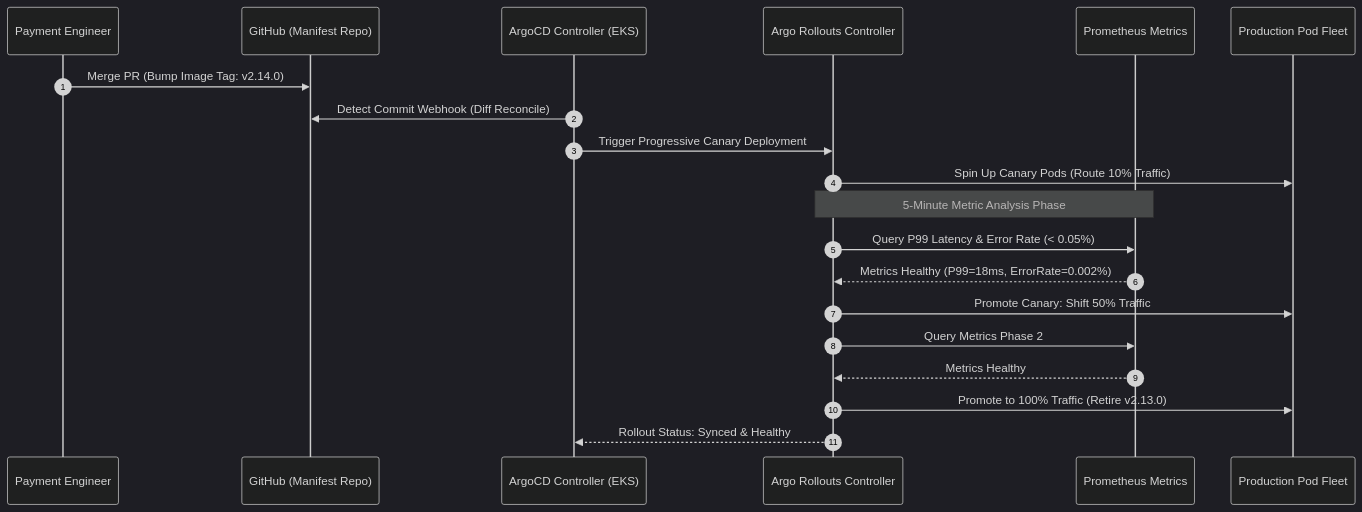
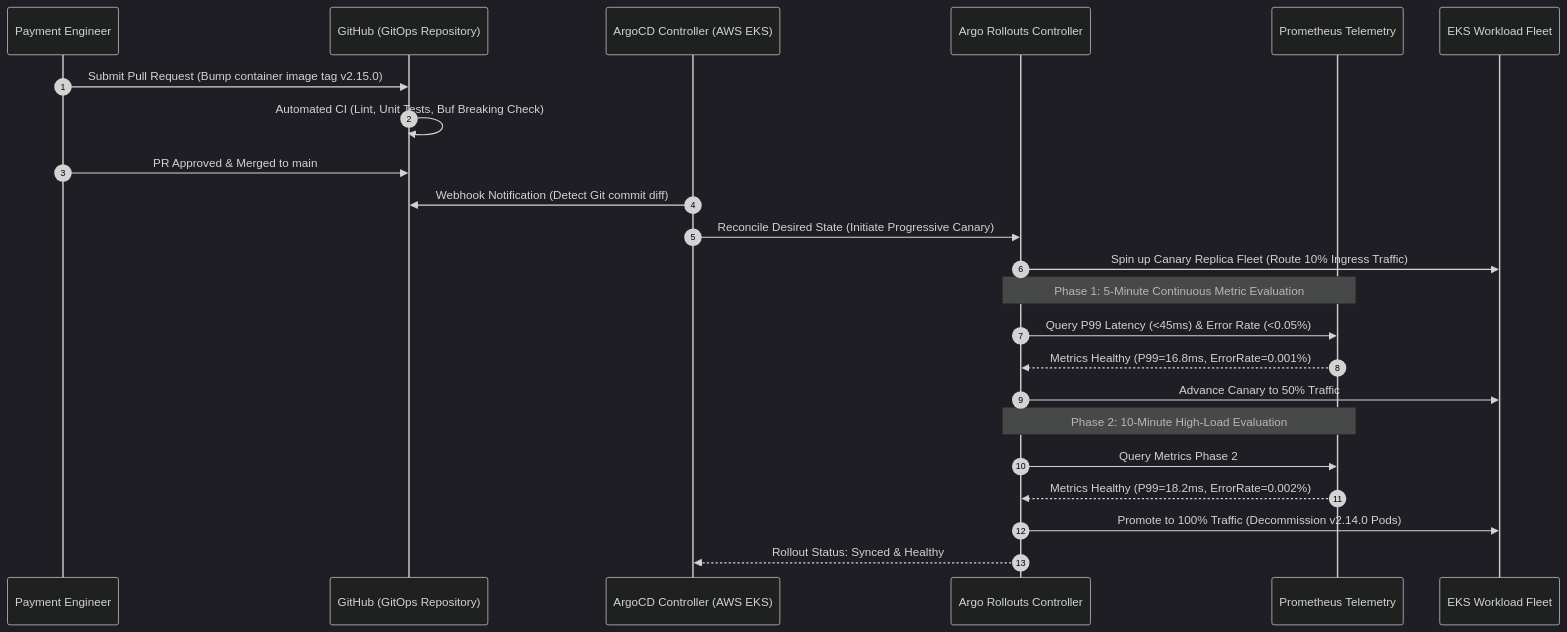
One commit to vesviet/vesviet changed the third of 3 diagrams in content/series/paypay-architecture/part-1-microservices-gitops.md. Above: the diagram before and after it, drawn with Mermaid (dark theme). The commit also changed other lines of this file and 36 other files, not shown here.

Commit message:
feat(sprint-2): upgrade paypay and shopee architecture series to 2027 SOTA masterclass

````diff
--- a/content/series/paypay-architecture/part-1-microservices-gitops.md
+++ b/content/series/paypay-architecture/part-1-microservices-gitops.md
@@ -154,26 +284,29 @@
 ```mermaid
 sequenceDiagram
     autonumber
     participant Dev as Payment Engineer
-    participant Git as GitHub (Manifest Repo)
-    participant ArgoCD as ArgoCD Controller (EKS)
+    participant Git as GitHub (GitOps Repository)
+    participant ArgoCD as ArgoCD Controller (AWS EKS)
     participant Rollout as Argo Rollouts Controller
-    participant Prom as Prometheus Metrics
-    participant Prod as Production Pod Fleet
+    participant Prom as Prometheus Telemetry
+    participant Pods as EKS Workload Fleet
 
-    Dev->>Git: Merge PR (Bump Image Tag: v2.14.0)
-    ArgoCD->>Git: Detect Commit Webhook (Diff Reconcile)
-    ArgoCD->>Rollout: Trigger Progressive Canary Deployment
-    Rollout->>Prod: Spin Up Canary Pods (Route 10% Traffic)
+    Dev->>Git: Submit Pull Request (Bump container image tag v2.15.0)
+    Git->>Git: Automated CI (Lint, Unit Tests, Buf Breaking Check)
+    Dev->>Git: PR Approved & Merged to main
+    ArgoCD->>Git: Webhook Notification (Detect Git commit diff)
+    ArgoCD->>Rollout: Reconcile Desired State (Initiate Progressive Canary)
+    Rollout->>Pods: Spin up Canary Replica Fleet (Route 10% Ingress Traffic)
 
-    Note over Rollout, Prom: 5-Minute Metric Analysis Phase
-    Rollout->>Prom: Query P99 Latency & Error Rate (< 0.05%)
-    Prom-->>Rollout: Metrics Healthy (P99=18ms, ErrorRate=0.002%)
+    Note over Rollout, Prom: Phase 1: 5-Minute Continuous Metric Evaluation
+    Rollout->>Prom: Query P99 Latency (<45ms) & Error Rate (<0.05%)
+    Prom-->>Rollout: Metrics Healthy (P99=16.8ms, ErrorRate=0.001%)
 
-    Rollout->>Prod: Promote Canary: Shift 50% Traffic
+    Rollout->>Pods: Advance Canary to 50% Traffic
+    Note over Rollout, Prom: Phase 2: 10-Minute High-Load Evaluation
     Rollout->>Prom: Query Metrics Phase 2
-    Prom-->>Rollout: Metrics Healthy
+    Prom-->>Rollout: Metrics Healthy (P99=18.2ms, ErrorRate=0.002%)
 
-    Rollout->>Prod: Promote to 100% Traffic (Retire v2.13.0)
+    Rollout->>Pods: Promote to 100% Traffic (Decommission v2.14.0 Pods)
     Rollout-->>ArgoCD: Rollout Status: Synced & Healthy
 ```
````
